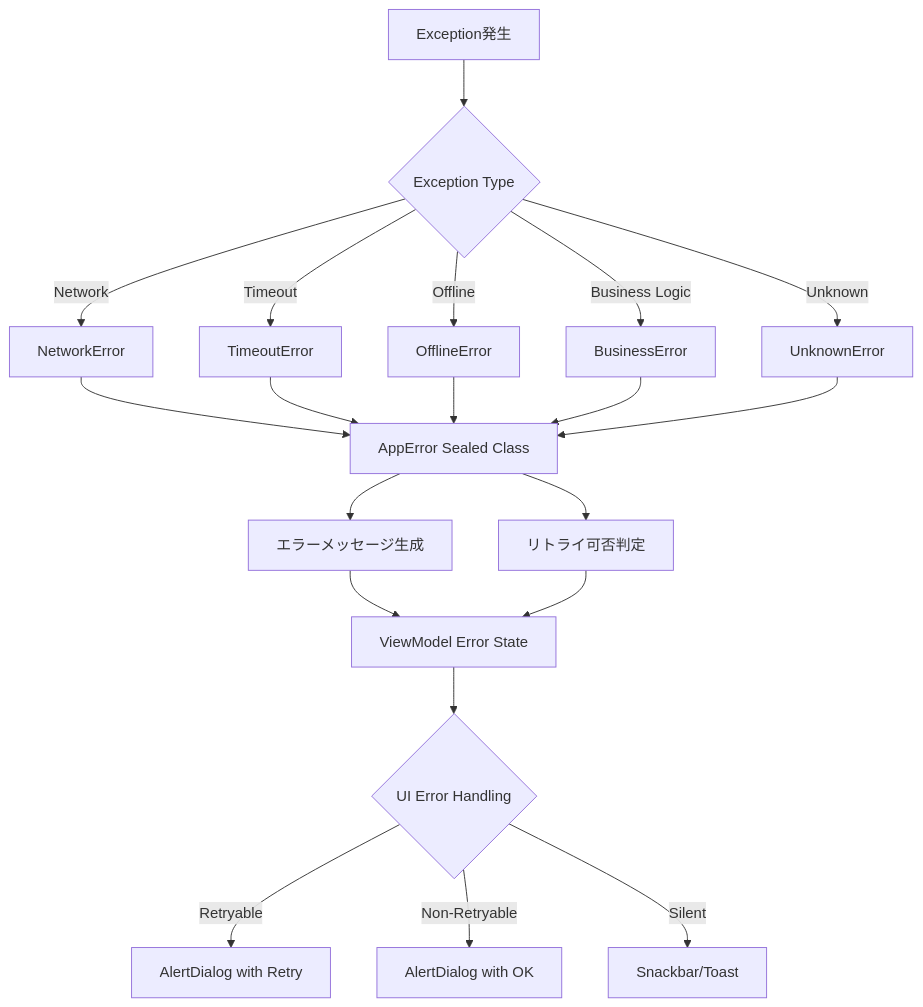
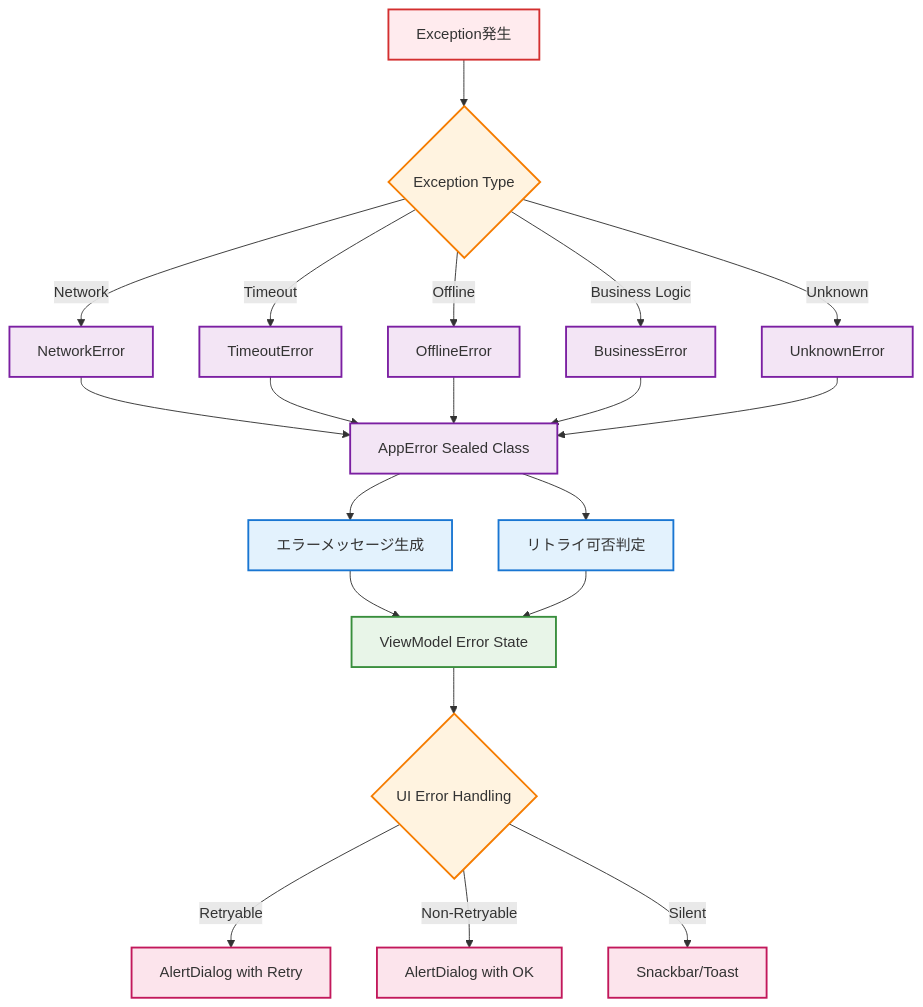
One commit to shimanukims/android-base changed the fourth of 10 diagrams in ARCHITECTURE_GUIDE.md. Above: the diagram before and after it, drawn with Mermaid. The commit also changed other lines of this file, not shown here.

Commit message:
change architecture guide

````diff
--- a/ARCHITECTURE_GUIDE.md
+++ b/ARCHITECTURE_GUIDE.md
@@ -127,27 +244,42 @@
 ```mermaid
 graph TD
     A[Exception発生] --> B{Exception Type}
     
     B -->|Network| C[NetworkError]
     B -->|Timeout| D[TimeoutError]  
     B -->|Offline| E[OfflineError]
     B -->|Business Logic| F[BusinessError]
     B -->|Unknown| G[UnknownError]
     
     C --> H[AppError Sealed Class]
     D --> H
     E --> H
     F --> H
     G --> H
     
     H --> I[エラーメッセージ生成]
     H --> J[リトライ可否判定]
     
     I --> K[ViewModel Error State]
     J --> K
     
     K --> L{UI Error Handling}
     L -->|Retryable| M[AlertDialog with Retry]
     L -->|Non-Retryable| N[AlertDialog with OK]
     L -->|Silent| O[Snackbar/Toast]
+    
+    %% スタイリング
+    classDef exceptionStyle fill:#ffebee,stroke:#d32f2f,stroke-width:2px
+    classDef errorTypeStyle fill:#fff3e0,stroke:#f57c00,stroke-width:2px
+    classDef errorClassStyle fill:#f3e5f5,stroke:#7b1fa2,stroke-width:2px
+    classDef processStyle fill:#e3f2fd,stroke:#1976d2,stroke-width:2px
+    classDef viewModelStyle fill:#e8f5e8,stroke:#388e3c,stroke-width:2px
+    classDef uiStyle fill:#fce4ec,stroke:#c2185b,stroke-width:2px
+    
+    class A exceptionStyle
+    class B,L errorTypeStyle
+    class C,D,E,F,G,H errorClassStyle
+    class I,J processStyle
+    class K viewModelStyle
+    class M,N,O uiStyle
 ```
````
